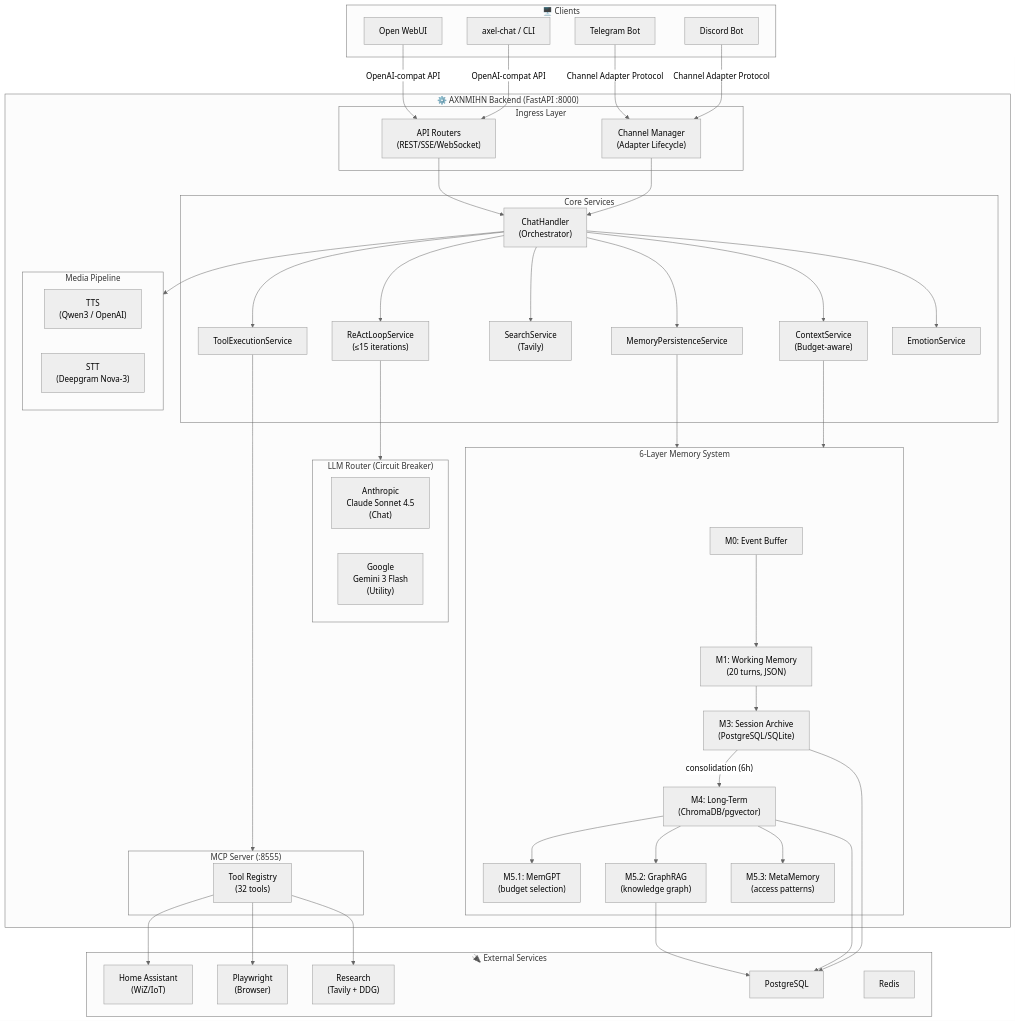
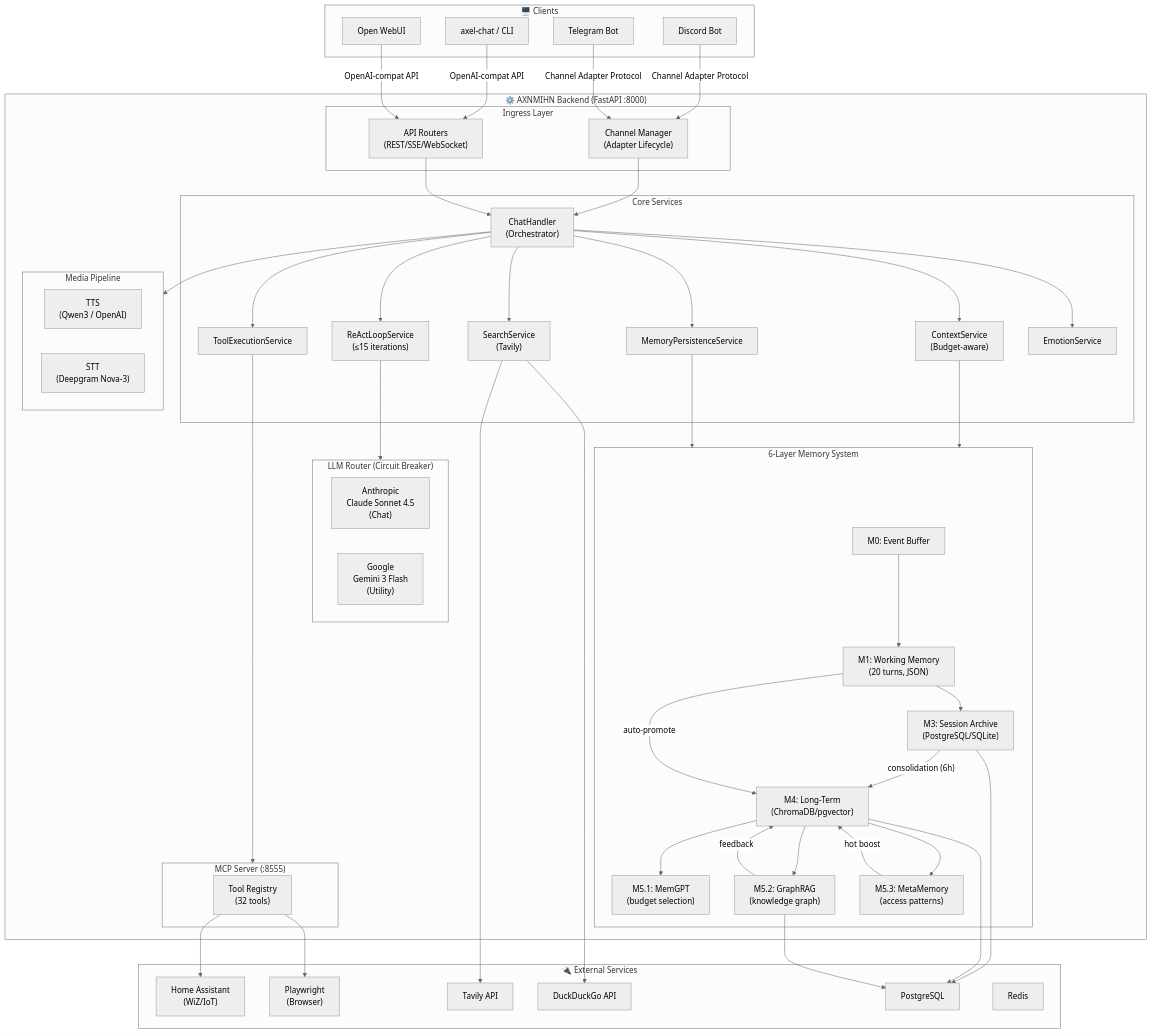
The first of 6 diagrams in README.md (NorthProt-Inc/axel-backend), drawn with Mermaid (neutral theme) before and after one commit. The commit also changed other lines of this file, not shown here.

````diff
--- a/README.md
+++ b/README.md
@@ -84,7 +84,8 @@
     subgraph External["🔌 External Services"]
         HASS["Home Assistant<br/>(WiZ/IoT)"]
         Playwright["Playwright<br/>(Browser)"]
-        Research["Research<br/>(Tavily + DDG)"]
+        TavilyAPI["Tavily API"]
+        DDGAPI["DuckDuckGo API"]
         PG["PostgreSQL"]
         Redis["Redis"]
     end
@@ -109,9 +110,13 @@
 
     MCPTools --> HASS
     MCPTools --> Playwright
-    MCPTools --> Research
+    Search --> TavilyAPI
+    Search --> DDGAPI
 
     M3 & M4 & M52 --> PG
     M0 --> M1 --> M3 -->|"consolidation (6h)"| M4
+    M1 -->|"auto-promote"| M4
     M4 --> M51 & M52 & M53
+    M52 -->|"feedback"| M4
+    M53 -->|"hot boost"| M4
 ```
````
